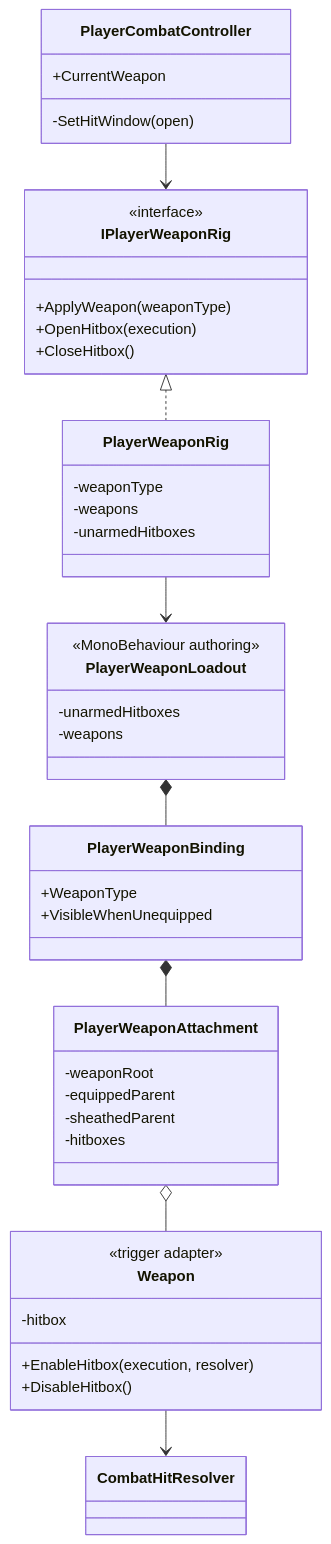
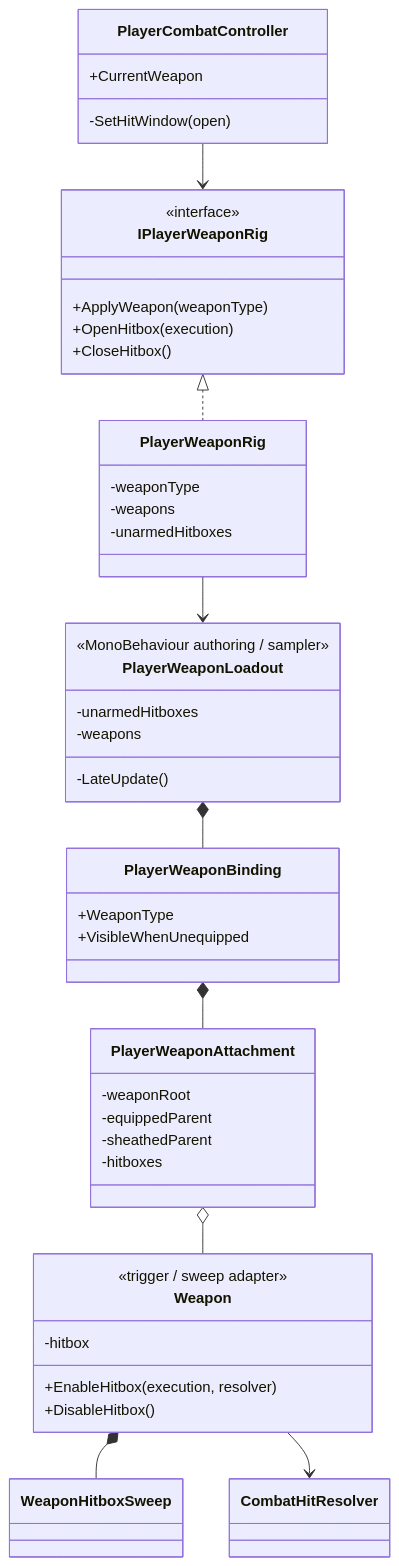
One commit to MaximFonariuc/project-s changed the diagram in Docs/Architecture/Combat.WeaponLoadout.md. Above: the diagram before and after it, drawn with Mermaid. The commit also changed other lines of this file and 9 other files, not shown here.

````diff
--- a/Docs/Architecture/Combat.WeaponLoadout.md
+++ b/Docs/Architecture/Combat.WeaponLoadout.md
@@ -14,48 +16,51 @@
 ```mermaid
 classDiagram
     class PlayerCombatController {
         +CurrentWeapon
         -SetHitWindow(open)
     }
     class IPlayerWeaponRig {
         <<interface>>
         +ApplyWeapon(weaponType)
         +OpenHitbox(execution)
         +CloseHitbox()
     }
     class PlayerWeaponRig {
         -weaponType
         -weapons
         -unarmedHitboxes
     }
     class PlayerWeaponLoadout {
-        <<MonoBehaviour authoring>>
+        <<MonoBehaviour authoring / sampler>>
         -unarmedHitboxes
         -weapons
+        -LateUpdate()
     }
     class PlayerWeaponBinding {
         +WeaponType
         +VisibleWhenUnequipped
     }
     class PlayerWeaponAttachment {
         -weaponRoot
         -equippedParent
         -sheathedParent
         -hitboxes
     }
     class Weapon {
-        <<trigger adapter>>
+        <<trigger / sweep adapter>>
         -hitbox
         +EnableHitbox(execution, resolver)
         +DisableHitbox()
     }
+    class WeaponHitboxSweep
     class CombatHitResolver
 
     PlayerCombatController --> IPlayerWeaponRig
     IPlayerWeaponRig <|.. PlayerWeaponRig
     PlayerWeaponRig --> PlayerWeaponLoadout
     PlayerWeaponLoadout *-- PlayerWeaponBinding
     PlayerWeaponBinding *-- PlayerWeaponAttachment
     PlayerWeaponAttachment o-- Weapon
+    Weapon *-- WeaponHitboxSweep
     Weapon --> CombatHitResolver
 ```
````
